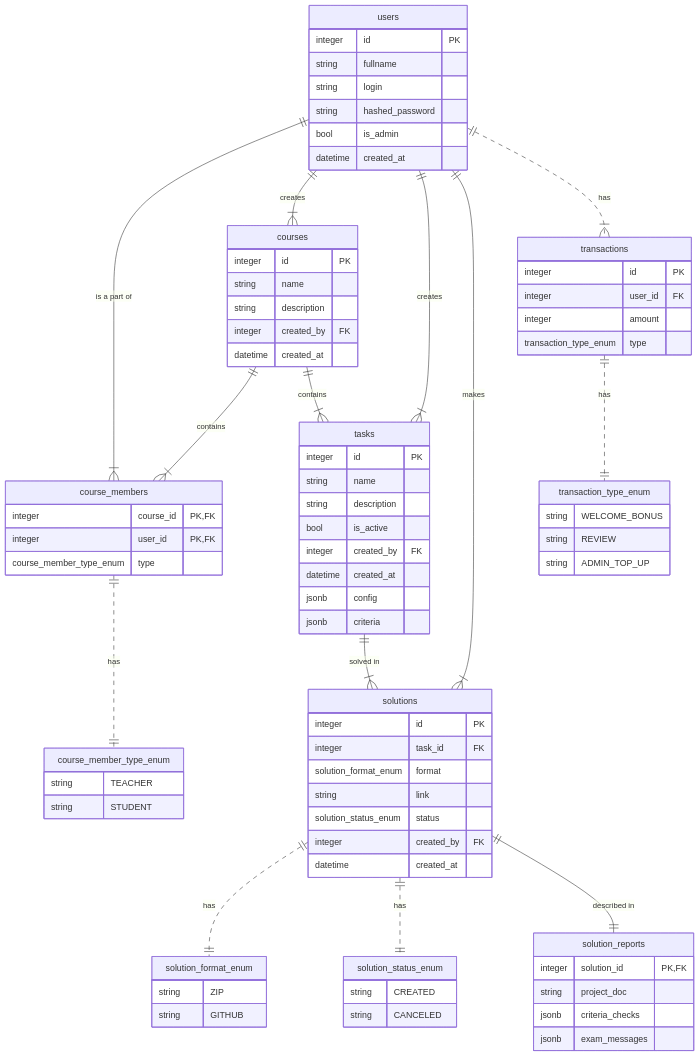
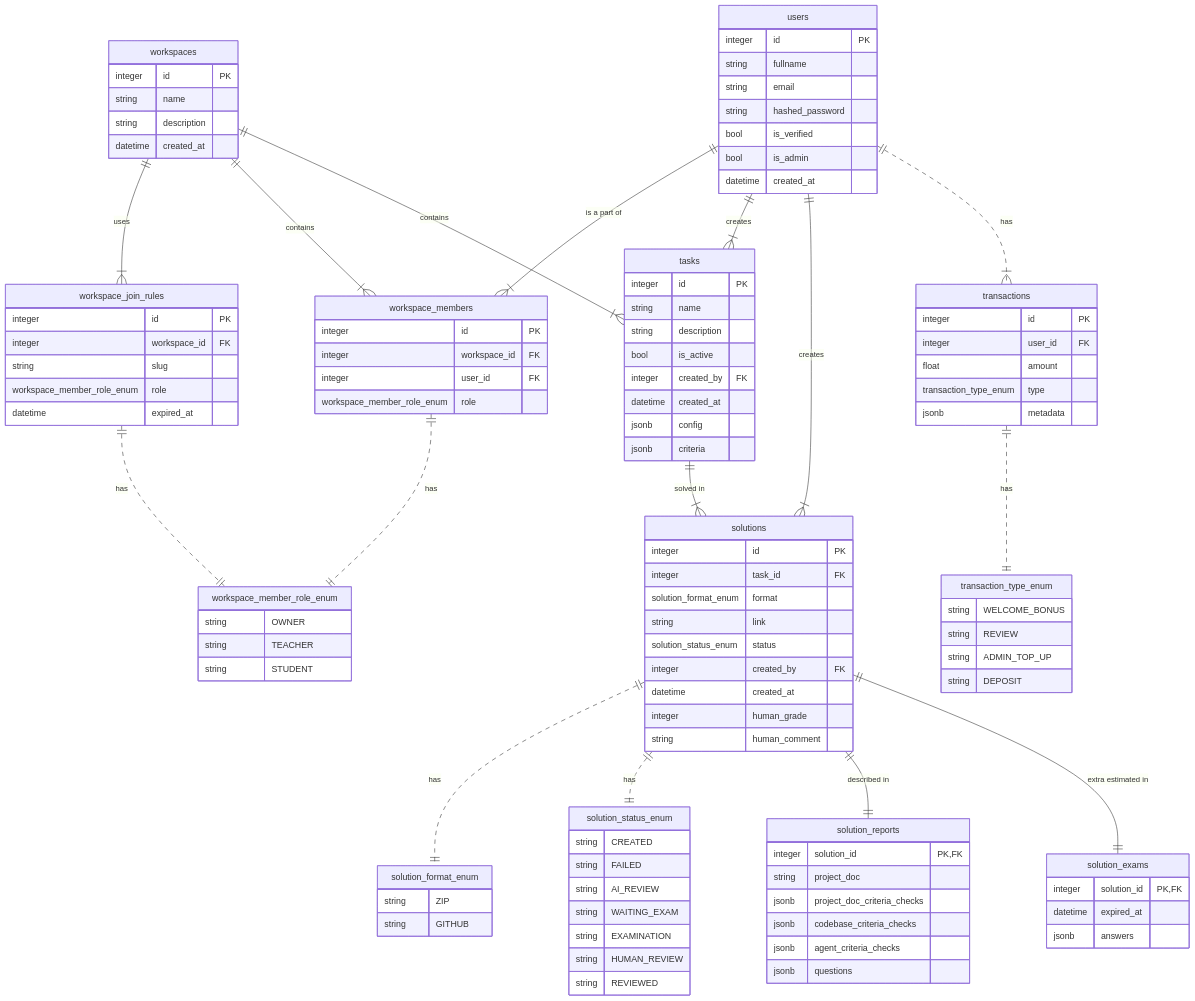
Before and after one commit to Daniil-Solo/AIReviewBackend: the diagram in docs/architecture/data_model.md, drawn with Mermaid. The commit also changed 6 other files, not shown here.

```diff
--- a/docs/architecture/data_model.md
+++ b/docs/architecture/data_model.md
@@ -5,10 +5,39 @@
     users {
         integer id PK
         string fullname
-        string login
+        string email
         string hashed_password
+        bool is_verified
         bool is_admin
         datetime created_at
+    }
+    
+    workspaces {
+        integer id PK
+        string name
+        string description
+        datetime created_at
+    }
+
+    workspace_members  {
+        integer id PK
+        integer workspace_id FK
+        integer user_id FK
+        workspace_member_role_enum  role
+    }
+
+    workspace_member_role_enum {
+        string OWNER
+        string TEACHER
+        string STUDENT
+    }
+    
+    workspace_join_rules {
+        integer id PK
+        integer workspace_id FK
+        string slug
+        workspace_member_role_enum role
+        datetime expired_at
     }
 
     tasks {
@@ -33,11 +62,18 @@
         solution_status_enum status
         integer created_by FK
         datetime created_at
+        integer human_grade
+        string human_comment
     }
 
     solution_status_enum {
         string CREATED
-        string CANCELED
+        string FAILED
+        string AI_REVIEW
+        string WAITING_EXAM
+        string EXAMINATION
+        string HUMAN_REVIEW
+        string REVIEWED
     }
 
     solution_format_enum {
@@ -48,58 +84,52 @@
     solution_reports {
         integer solution_id PK, FK
         string project_doc
-        jsonb criteria_checks
         %% code, comment, confidence, value
-        jsonb exam_messages
-        %% role, content
+        jsonb project_doc_criteria_checks
+        jsonb codebase_criteria_checks
+        jsonb agent_criteria_checks
+        %% code, text
+        jsonb questions
     }
-
+    
+    solution_exams {
+        integer solution_id PK, FK
+        datetime expired_at
+        %% code, text
+        jsonb answers
+    }
+    
     transactions {
         integer id PK
         integer user_id FK
-        integer amount
+        float amount
         transaction_type_enum type
+        jsonb metadata
     }
 
     transaction_type_enum {
         string WELCOME_BONUS
         string REVIEW
         string ADMIN_TOP_UP
+        string DEPOSIT
     }
 
-    courses {
-        integer id PK
-        string name
-        string description
-        integer created_by FK
-        datetime created_at
-    }
-
-    course_members {
-        integer course_id PK, FK
-        integer user_id PK, FK
-        course_member_type_enum  type
-    }
-
-    course_member_type_enum {
-        string TEACHER
-        string STUDENT
-    }
-
-    users ||--|{ course_members : "is a part of"
-    users ||--|{ courses : creates
-    courses ||--|{ course_members : contains
-    course_members ||..|| course_member_type_enum : has
+    users ||--|{ workspace_members   : "is a part of"
+    workspaces ||--|{ workspace_join_rules   : uses
+    workspaces ||--|{ workspace_members   : contains
+    workspace_members   ||..|| workspace_member_role_enum : has
+    workspace_join_rules   ||..|| workspace_member_role_enum : has
     
-    courses ||--|{ tasks : contains
+    workspaces ||--|{ tasks : contains
     users ||--|{ tasks : creates
 
-    users ||--|{ solutions : makes
+    users ||--|{ solutions : creates
 
     tasks ||--|{ solutions : "solved in"
     solutions ||..|| solution_format_enum : has
     solutions ||..|| solution_status_enum : has
     solutions ||--|| solution_reports: "described in"
+    solutions ||--|| solution_exams: "extra estimated in"
     
     users ||..|{ transactions : has
     transactions ||..|| transaction_type_enum : has
```
